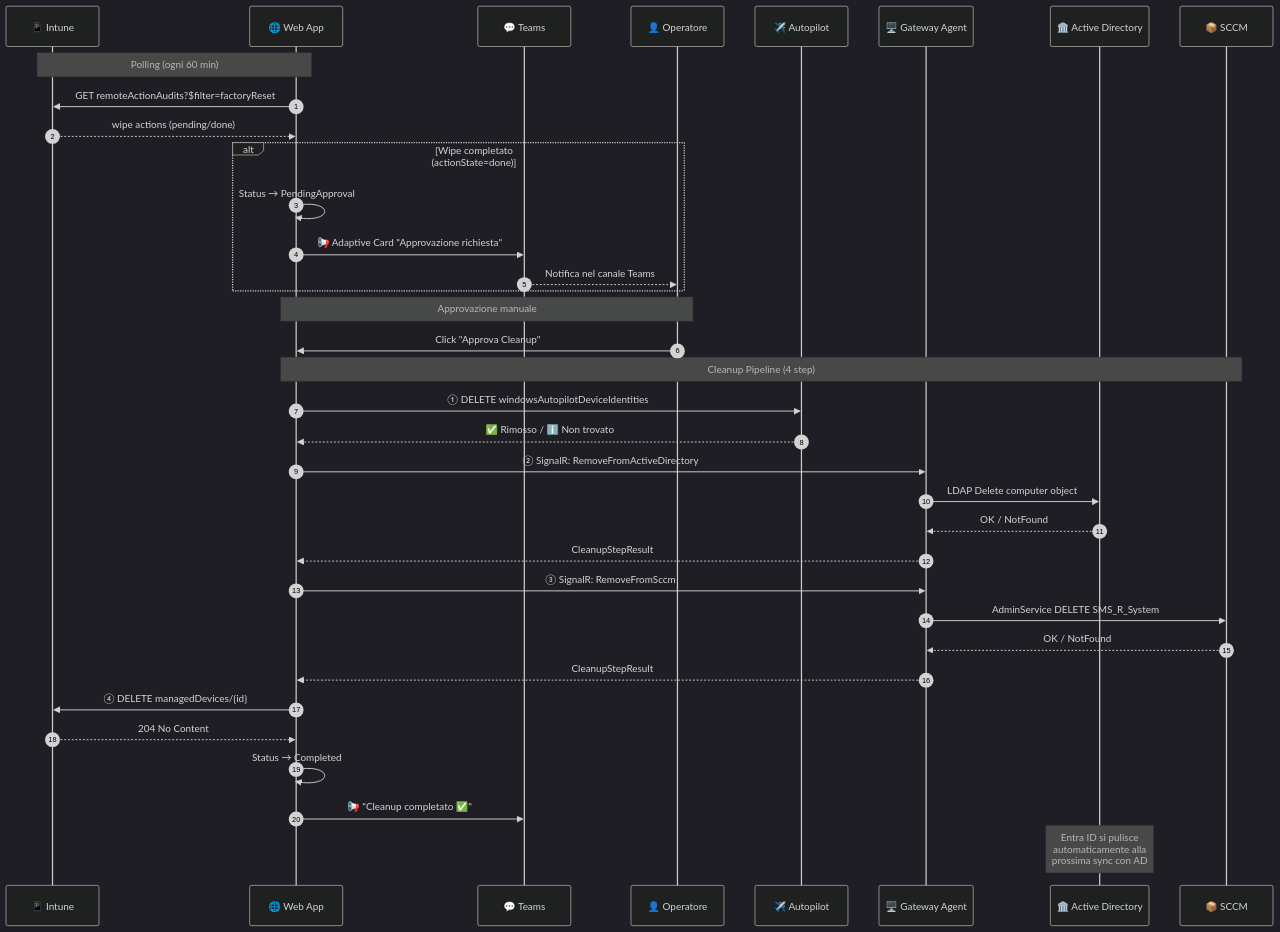
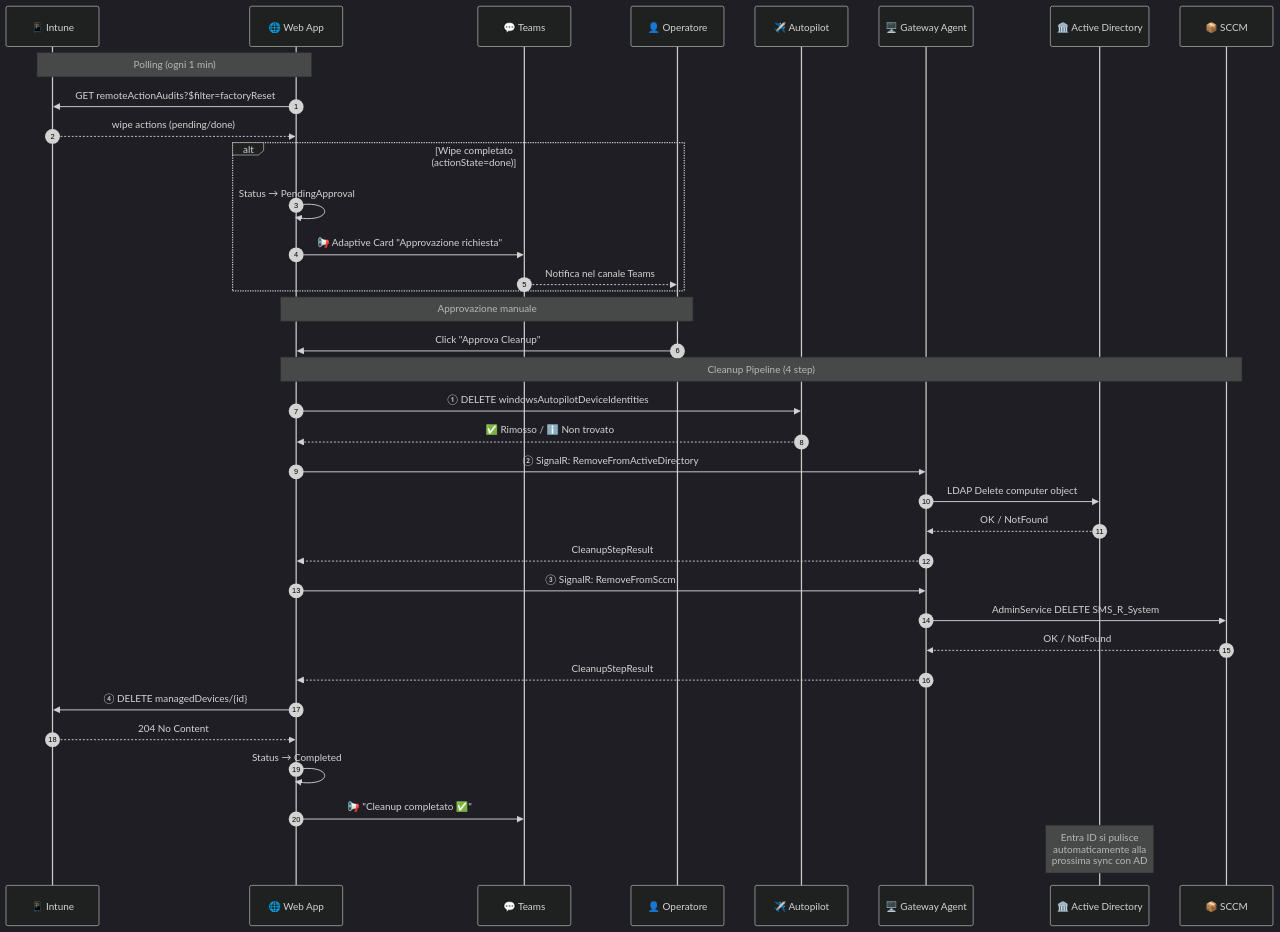
Before and after one commit to robgrame/Intune.WipeMonitor: the second of 2 diagrams in docs/architecture.md, drawn with Mermaid (dark theme). The commit also changed other lines of this file and 2 other files, not shown here.

Commit message:
Update docs: polling interval 60 min → 1 min

````diff
--- a/docs/architecture.md
+++ b/docs/architecture.md
@@ -80,47 +80,47 @@
 ```mermaid
 sequenceDiagram
     autonumber
     participant I as 📱 Intune
     participant W as 🌐 Web App
     participant T as 💬 Teams
     participant O as 👤 Operatore
     participant A as ✈️ Autopilot
     participant G as 🖥️ Gateway Agent
     participant AD as 🏛️ Active Directory
     participant S as 📦 SCCM
 
-    Note over I,W: Polling (ogni 60 min)
+    Note over I,W: Polling (ogni 1 min)
     W->>I: GET remoteActionAudits?$filter=factoryReset
     I-->>W: wipe actions (pending/done)
     
     alt Wipe completato (actionState=done)
         W->>W: Status → PendingApproval
         W->>T: 📢 Adaptive Card "Approvazione richiesta"
         T-->>O: Notifica nel canale Teams
     end
 
     Note over O,W: Approvazione manuale
     O->>W: Click "Approva Cleanup"
     
     Note over W,S: Cleanup Pipeline (4 step)
     W->>A: ① DELETE windowsAutopilotDeviceIdentities
     A-->>W: ✅ Rimosso / ℹ️ Non trovato
 
     W->>G: ② SignalR: RemoveFromActiveDirectory
     G->>AD: LDAP Delete computer object
     AD-->>G: OK / NotFound
     G-->>W: CleanupStepResult
 
     W->>G: ③ SignalR: RemoveFromSccm
     G->>S: AdminService DELETE SMS_R_System
     S-->>G: OK / NotFound
     G-->>W: CleanupStepResult
 
     W->>I: ④ DELETE managedDevices/{id}
     I-->>W: 204 No Content
 
     W->>W: Status → Completed
     W->>T: 📢 "Cleanup completato ✅"
     
     Note over AD: Entra ID si pulisce<br/>automaticamente alla<br/>prossima sync con AD
 ```
````
